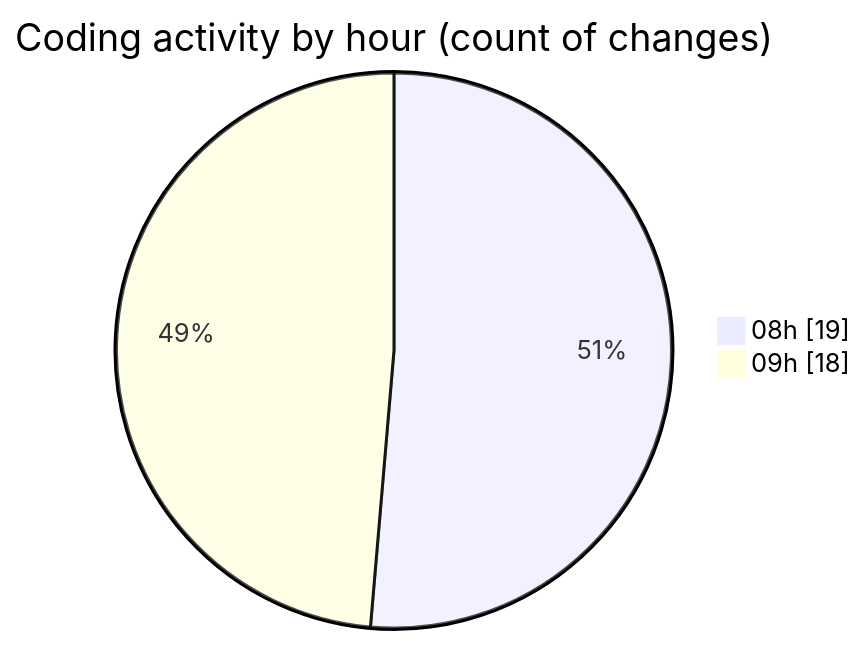
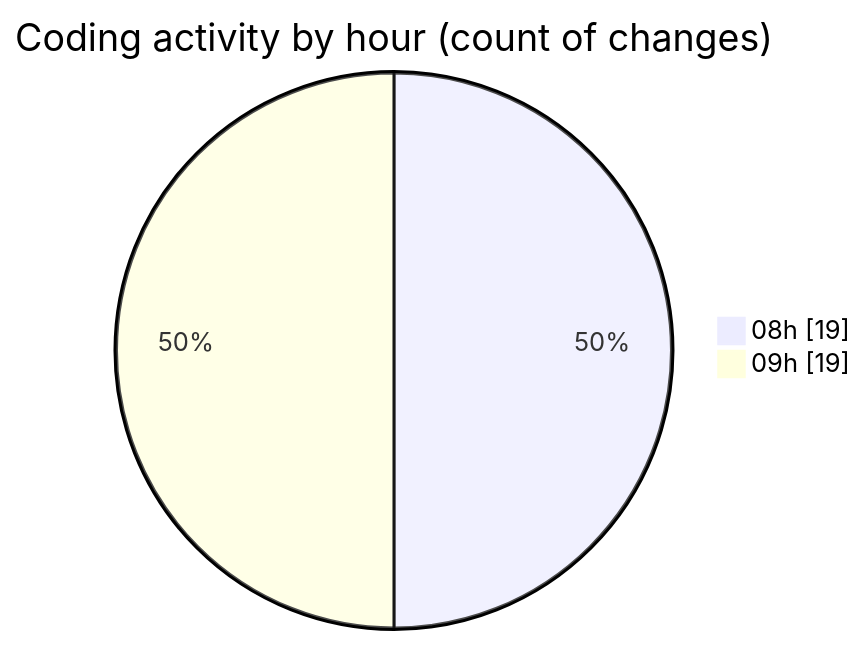
One commit to vahidmafi/code-tracking changed the second of 2 diagrams in 2025-09-13/shop/README.md. Above: the diagram before and after it, drawn with Mermaid. The commit also changed other lines of this file and 1 other file, not shown here.

````diff
--- a/2025-09-13/shop/README.md
+++ b/2025-09-13/shop/README.md
@@ -48,6 +49,6 @@
 ```mermaid
 pie showData
 title Coding activity by hour (count of changes)
 "08h" : 19
-"09h" : 18
+"09h" : 19
 ```
````
